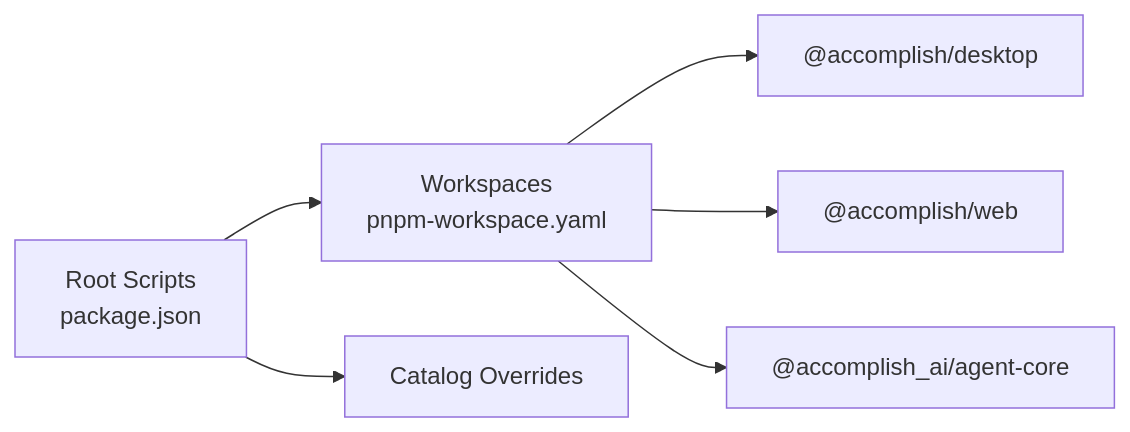
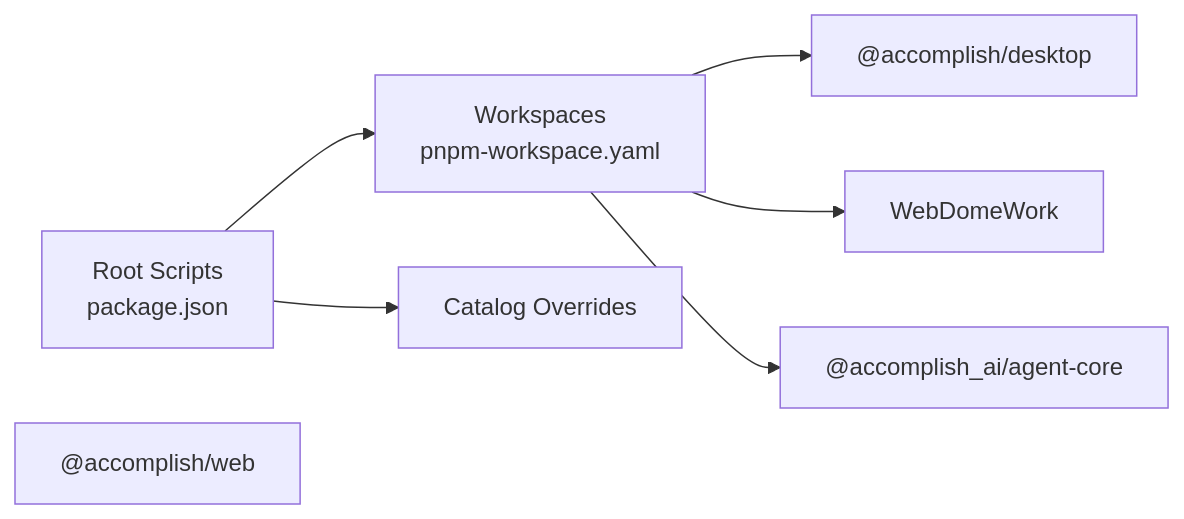
One commit to dome/accomplish changed the sixth of 6 diagrams in .qoder/repowiki/en/content/Development Guidelines.md. Above: the diagram before and after it, drawn with Mermaid. The commit also changed other lines of this file and 89 other files, not shown here.

Commit message:
ci: add GitHub Actions workflow for DomeWork binary builds

````diff
--- a/.qoder/repowiki/en/content/Development Guidelines.md
+++ b/.qoder/repowiki/en/content/Development Guidelines.md
@@ -305,14 +305,14 @@
 ```mermaid
 graph LR
 Root["Root Scripts<br/>package.json"]
 WS["Workspaces<br/>pnpm-workspace.yaml"]
 Overrides["Catalog Overrides"]
 Desktop["@accomplish/desktop"]
 Web["@accomplish/web"]
 Core["@accomplish_ai/agent-core"]
 Root --> WS
 WS --> Desktop
-WS --> Web
+WS --> WebDomeWork
 WS --> Core
 Root --> Overrides
 ```
````
